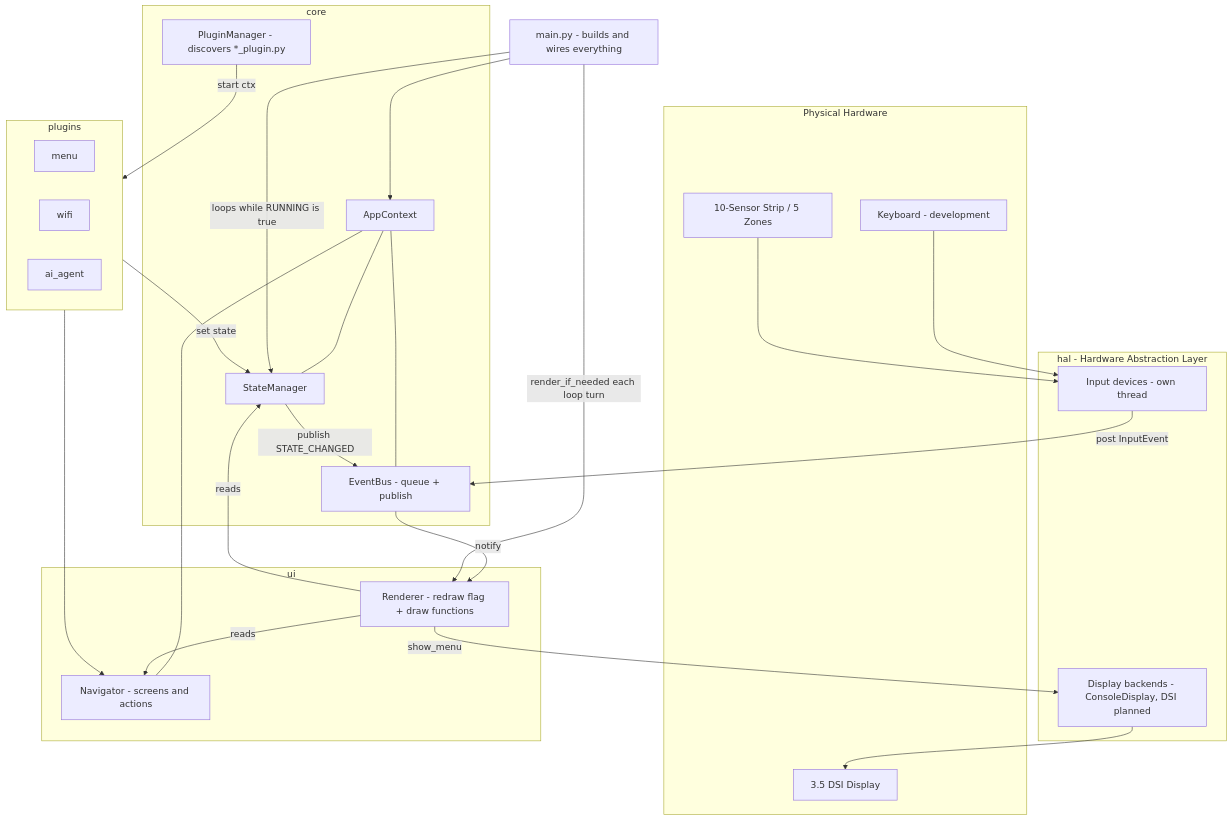
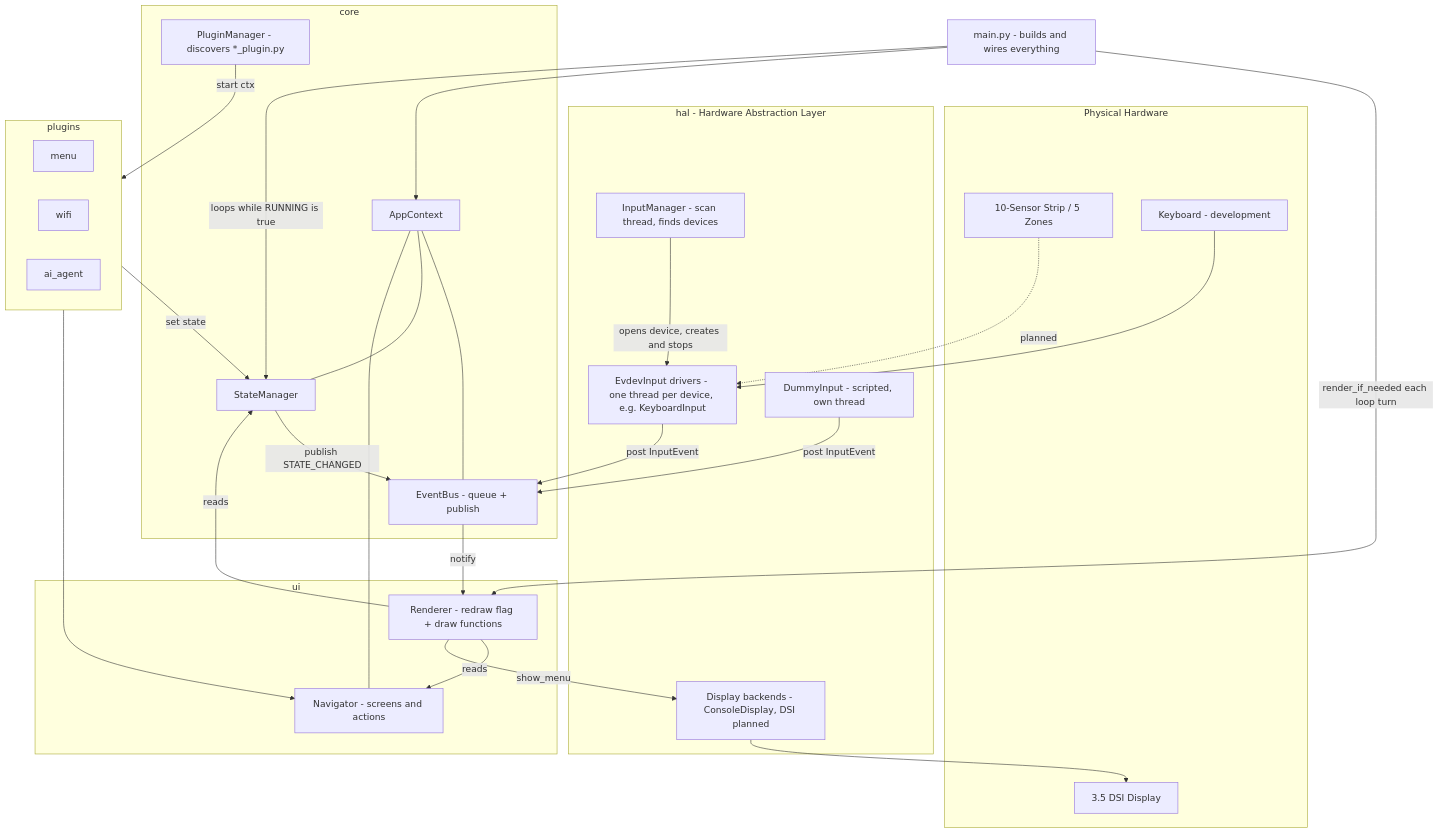
The first of 3 diagrams in docs/architecture.md (A-Dann/Antonino-TuttoFare_PI3bplus), drawn with Mermaid before and after one commit. The commit also changed other lines of this file, not shown here.

Commit message:
docs: update architecture for evdev input and input manager

````diff
--- a/docs/architecture.md
+++ b/docs/architecture.md
@@ -11,52 +12,56 @@
 ```mermaid
 graph TD
     subgraph Hardware [Physical Hardware]
         Display[3.5 DSI Display]
         Strip[10-Sensor Strip / 5 Zones]
         Keyboard[Keyboard - development]
     end
 
     subgraph HAL [hal - Hardware Abstraction Layer]
-        InputDevice[Input devices - own thread]
+        InputManager[InputManager - scan thread, finds devices]
+        EvdevDrivers[EvdevInput drivers - one thread per device, e.g. KeyboardInput]
+        DummyIn[DummyInput - scripted, own thread]
         HalDisplay[Display backends - ConsoleDisplay, DSI planned]
     end
 
     subgraph Core [core]
         EventBus[EventBus - queue + publish]
         StateMgr[StateManager]
         PluginMgr[PluginManager - discovers *_plugin.py]
         Context[AppContext]
     end
 
     subgraph UI [ui]
         Navigator[Navigator - screens and actions]
         Renderer[Renderer - redraw flag + draw functions]
     end
 
     subgraph Plugins [plugins]
         Menu[menu]
         Wifi[wifi]
         AiAgent[ai_agent]
     end
 
     Main[main.py - builds and wires everything]
 
-    Keyboard --> InputDevice
-    Strip --> InputDevice
-    InputDevice -->|post InputEvent| EventBus
+    Keyboard --> EvdevDrivers
+    Strip -.->|planned| EvdevDrivers
+    InputManager -->|opens device, creates and stops| EvdevDrivers
+    EvdevDrivers -->|post InputEvent| EventBus
+    DummyIn -->|post InputEvent| EventBus
     Main --> Context
     Context --- EventBus
     Context --- StateMgr
     Context --- Navigator
     PluginMgr -->|start ctx| Plugins
     Plugins -->|set state| StateMgr
     Plugins --> Navigator
     StateMgr -->|publish STATE_CHANGED| EventBus
     EventBus -->|notify| Renderer
     Renderer -->|reads| StateMgr
     Renderer -->|reads| Navigator
     Main -->|render_if_needed each loop turn| Renderer
     Main -->|loops while RUNNING is true| StateMgr
     Renderer -->|show_menu| HalDisplay
     HalDisplay --> Display
 ```
````
